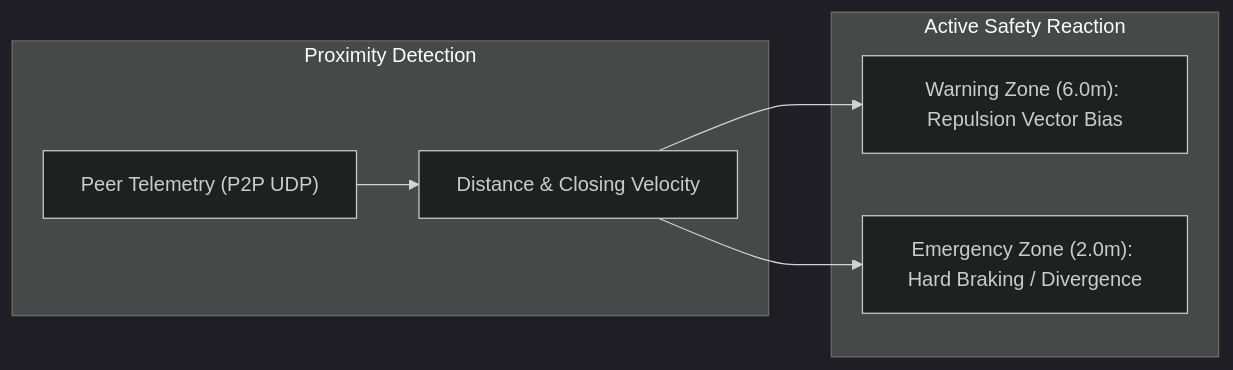
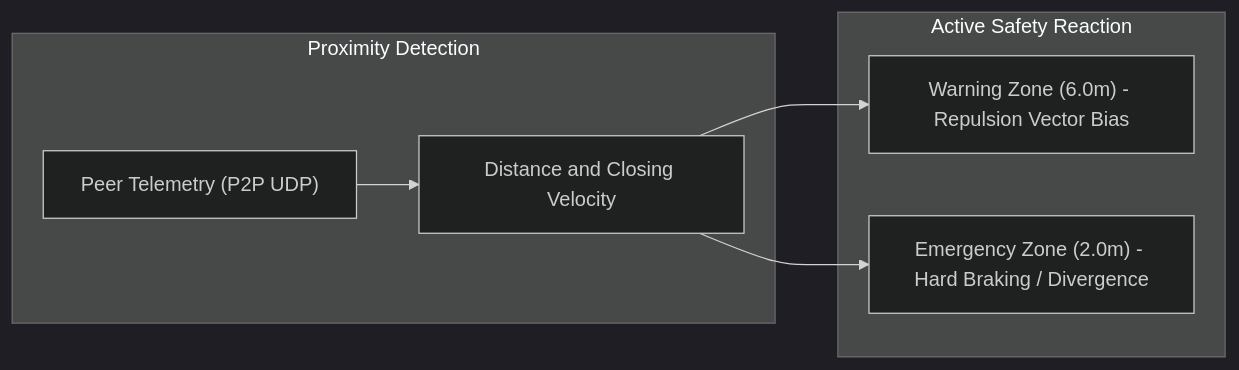
Before and after one commit to Debanshu2005/DroneSwarm: the second of 2 diagrams in doc/architecture/droneos-internals.md, drawn with Mermaid (dark theme). The commit also changed other lines of this file and 11 other files, not shown here.

Commit message:
docs: add comprehensive system architecture and user guides for phoneos swarm

````diff
--- a/doc/architecture/droneos-internals.md
+++ b/doc/architecture/droneos-internals.md
@@ -115,16 +115,16 @@
 ```mermaid
-graph LR
+flowchart LR
     subgraph Detection["Proximity Detection"]
         PeerTelem["Peer Telemetry (P2P UDP)"]
-        DistCalc["Distance & Closing Velocity"]
+        DistCalc["Distance and Closing Velocity"]
     end
 
     subgraph Avoidance["Active Safety Reaction"]
-        Warning["Warning Zone (6.0m): Repulsion Vector Bias"]
-        Emergency["Emergency Zone (2.0m): Hard Braking / Divergence"]
+        Warning["Warning Zone (6.0m) - Repulsion Vector Bias"]
+        Emergency["Emergency Zone (2.0m) - Hard Braking / Divergence"]
     end
 
     PeerTelem --> DistCalc
     DistCalc --> Warning
     DistCalc --> Emergency
 ```
````
